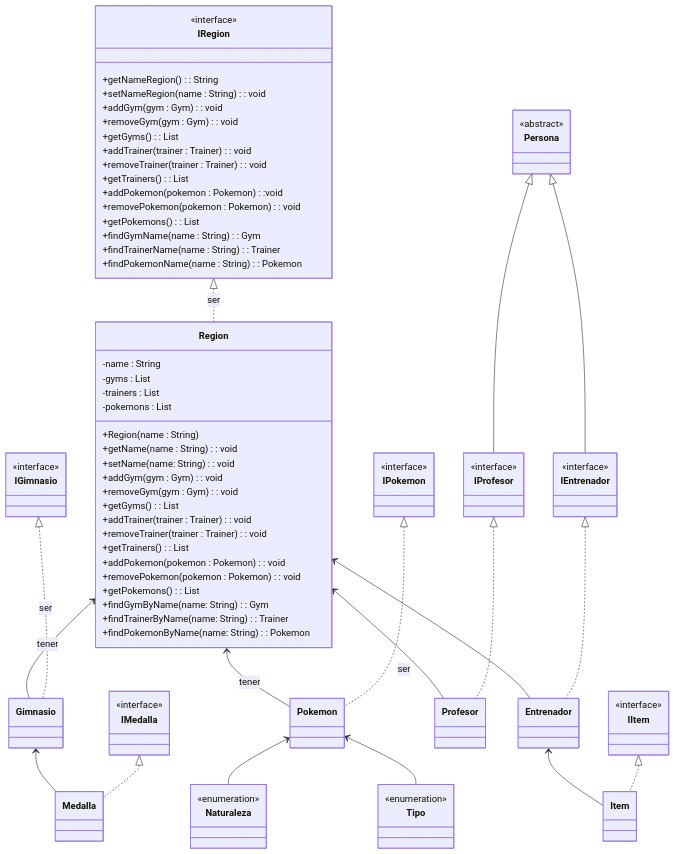
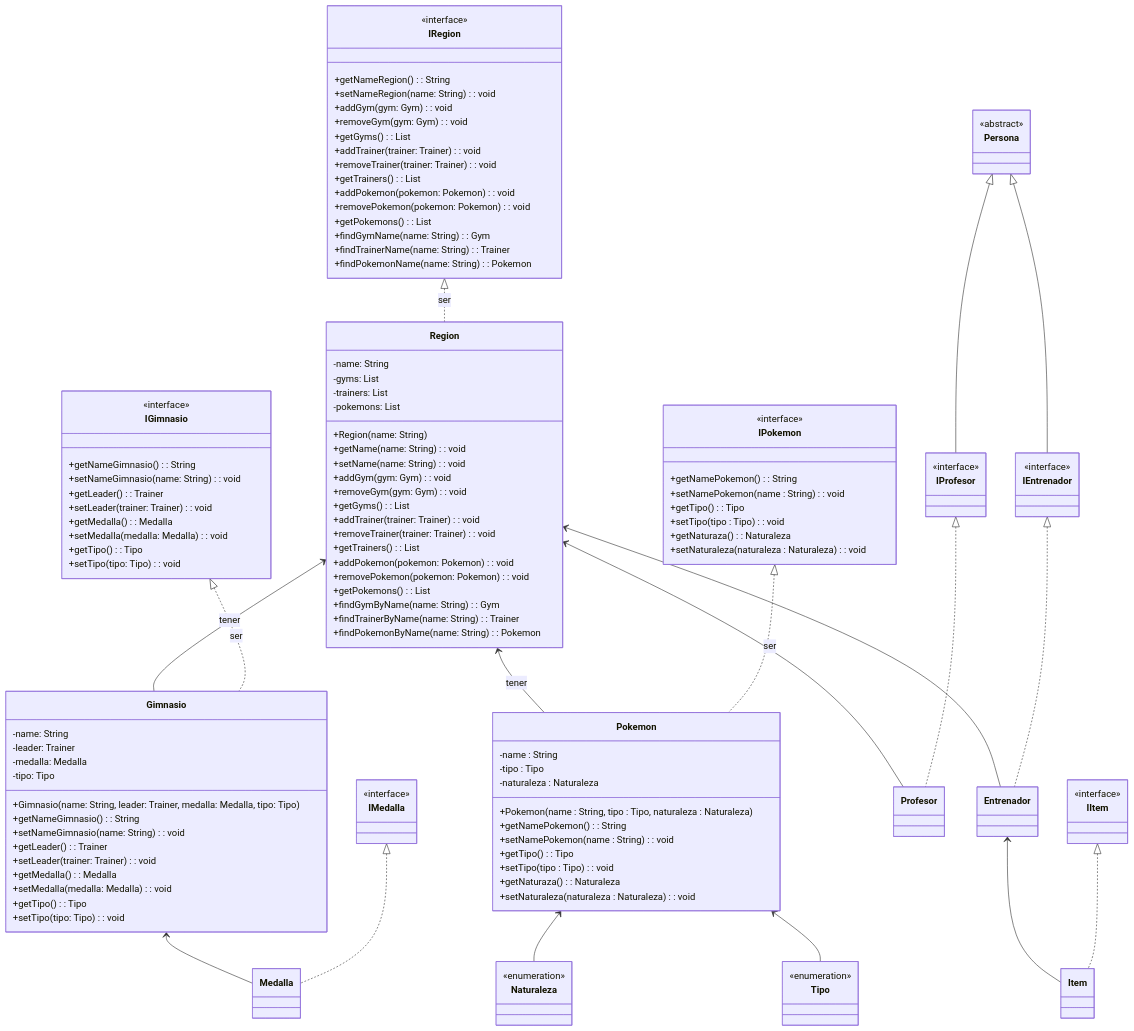
Before and after one commit to savamidev/MiguelSanchez-1DAW: the diagram in EEDD/Pokedev/src/main/java/README.md, drawn with Mermaid.

Commit message:
Añadido las clases de Gimnasio y Pokemon

````diff
--- a/EEDD/Pokedev/src/main/java/README.md
+++ b/EEDD/Pokedev/src/main/java/README.md
@@ -2,61 +2,95 @@
     classDiagram
     class IRegion {
         <<interface>>
-        +getNameRegion() : String
-        +setNameRegion(name : String) : void
-        +addGym(gym : Gym) : void
-        +removeGym(gym : Gym) : void
-        +getGyms() : List<Gym>
-        +addTrainer(trainer : Trainer) : void
-        +removeTrainer(trainer : Trainer) : void
-        +getTrainers() : List<Trainer>
-        +addPokemon(pokemon : Pokemon) :void
-        +removePokemon(pokemon : Pokemon) : void
-        +getPokemons() : List<Pokemon>
-        +findGymName(name : String) : Gym
-        +findTrainerName(name : String) : Trainer
-        +findPokemonName(name : String) : Pokemon
+        +getNameRegion(): String
+        +setNameRegion(name: String): void
+        +addGym(gym: Gym): void
+        +removeGym(gym: Gym): void
+        +getGyms(): List<Gym>
+        +addTrainer(trainer: Trainer): void
+        +removeTrainer(trainer: Trainer): void
+        +getTrainers(): List<Trainer>
+        +addPokemon(pokemon: Pokemon): void
+        +removePokemon(pokemon: Pokemon): void
+        +getPokemons(): List<Pokemon>
+        +findGymName(name: String): Gym
+        +findTrainerName(name: String): Trainer
+        +findPokemonName(name: String): Pokemon
     }
-    
+
     class Region {
-        -name : String
-        -gyms : List<Gym>
-        -trainers : List<Trainer>
-        -pokemons : List<Pokemon>
-        +Region(name : String)
-        +getName(name : String) : void
-        +setName(name: String) : void
-        +addGym(gym : Gym) : void
-        +removeGym(gym : Gym) : void
-        +getGyms() : List<Gym>
-        +addTrainer(trainer : Trainer) : void
-        +removeTrainer(trainer : Trainer) : void
-        +getTrainers() : List<Trainer>
-        +addPokemon(pokemon : Pokemon) : void
-        +removePokemon(pokemon : Pokemon) : void
-        +getPokemons() : List<Pokemon>
-        +findGymByName(name: String) : Gym
-        +findTrainerByName(name: String) : Trainer
-        +findPokemonByName(name: String) : Pokemon
-        
+        -name: String
+        -gyms: List<Gym>
+        -trainers: List<Trainer>
+        -pokemons: List<Pokemon>
+        +Region(name: String)
+        +getName(name: String): void
+        +setName(name: String): void
+        +addGym(gym: Gym): void
+        +removeGym(gym: Gym): void
+        +getGyms(): List<Gym>
+        +addTrainer(trainer: Trainer): void
+        +removeTrainer(trainer: Trainer): void
+        +getTrainers(): List<Trainer>
+        +addPokemon(pokemon: Pokemon): void
+        +removePokemon(pokemon: Pokemon): void
+        +getPokemons(): List<Pokemon>
+        +findGymByName(name: String): Gym
+        +findTrainerByName(name: String): Trainer
+        +findPokemonByName(name: String): Pokemon
     }
 
     class IGimnasio {
         <<interface>>
+        +getNameGimnasio(): String
+        +setNameGimnasio(name: String): void
+        +getLeader(): Trainer
+        +setLeader(trainer: Trainer): void
+        +getMedalla(): Medalla
+        +setMedalla(medalla: Medalla): void
+        +getTipo(): Tipo
+        +setTipo(tipo: Tipo): void
+    }
+
+    class Gimnasio {
+        -name: String
+        -leader: Trainer
+        -medalla: Medalla
+        -tipo: Tipo
+        +Gimnasio(name: String, leader: Trainer, medalla: Medalla, tipo: Tipo)
+        +getNameGimnasio(): String
+        +setNameGimnasio(name: String): void
+        +getLeader(): Trainer
+        +setLeader(trainer: Trainer): void
+        +getMedalla(): Medalla
+        +setMedalla(medalla: Medalla): void
+        +getTipo(): Tipo
+        +setTipo(tipo: Tipo): void
     }
     
-    class Gimnasio {
-        
+    class IPokemon {
+        <<interface>>
+        +getNamePokemon() : String  
+        +setNamePokemon(name : String) : void
+        +getTipo() : Tipo
+        +setTipo(tipo : Tipo) : void
+        +getNaturaza() : Naturaleza
+        +setNaturaleza(naturaleza : Naturaleza) : void
     }
 
-    class IPokemon {
-        <<interface>>
+    class Pokemon {
+        -name : String
+        -tipo : Tipo
+        -naturaleza : Naturaleza
+        +Pokemon(name : String, tipo : Tipo, naturaleza : Naturaleza)
+        +getNamePokemon() : String
+        +setNamePokemon(name : String) : void
+        +getTipo() : Tipo
+        +setTipo(tipo : Tipo) : void
+        +getNaturaza() : Naturaleza
+        +setNaturaleza(naturaleza : Naturaleza) : void
     }
-    
-    class Pokemon {
-        
-    }
-    
+
     class Persona {
         <<abstract>>
     }
@@ -64,23 +98,21 @@
     class IEntrenador {
         <<interface>>
     }
-    
+
     class Entrenador {
-        
     }
 
     class IProfesor {
         <<interface>>
     }
-    
+
     class Profesor {
-        
     }
 
     class Naturaleza {
         <<enumeration>>
     }
-    
+
     class Tipo {
         <<enumeration>>
     }
@@ -91,33 +123,27 @@
 
     class Item {
     }
-    
+
     class IMedalla {
         <<interface>>
     }
-    
-    
-    IRegion <|.. Region : ser
-    Region <-- Gimnasio : tener
-    Region <-- Pokemon : tener
+
+    IRegion <|.. Region: ser
+    Region <-- Gimnasio: tener
+    Region <-- Pokemon: tener
     Region <-- Profesor
     Region <-- Entrenador
-
-    IGimnasio <|.. Gimnasio : ser
+    IGimnasio <|.. Gimnasio: ser
     Gimnasio <-- Medalla
-
-    IPokemon <|.. Pokemon : ser
+    IPokemon <|.. Pokemon: ser
     Pokemon <-- Naturaleza
     Pokemon <-- Tipo
-
     Persona <|-- IProfesor
     IProfesor <|.. Profesor
-
     Persona <|-- IEntrenador
     IEntrenador <|.. Entrenador
     Entrenador <-- Item
     IItem <|.. Item
-
     IMedalla <|.. Medalla
 
 ```
````
